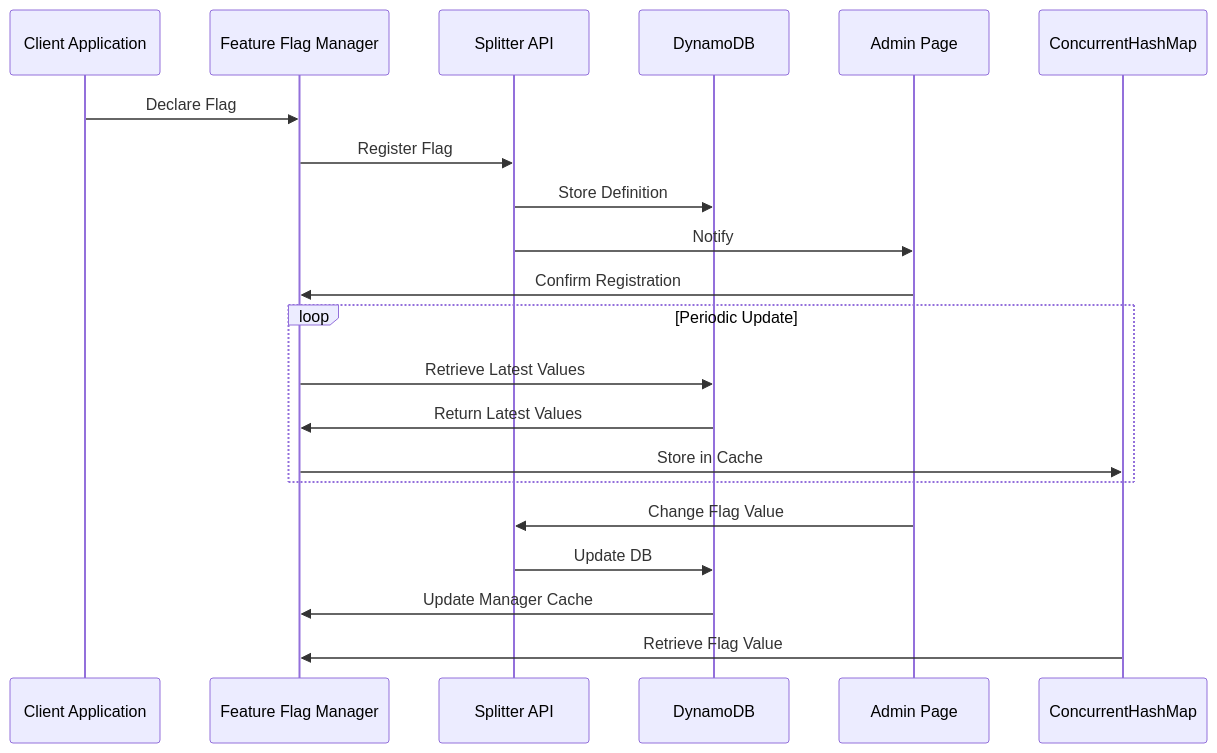
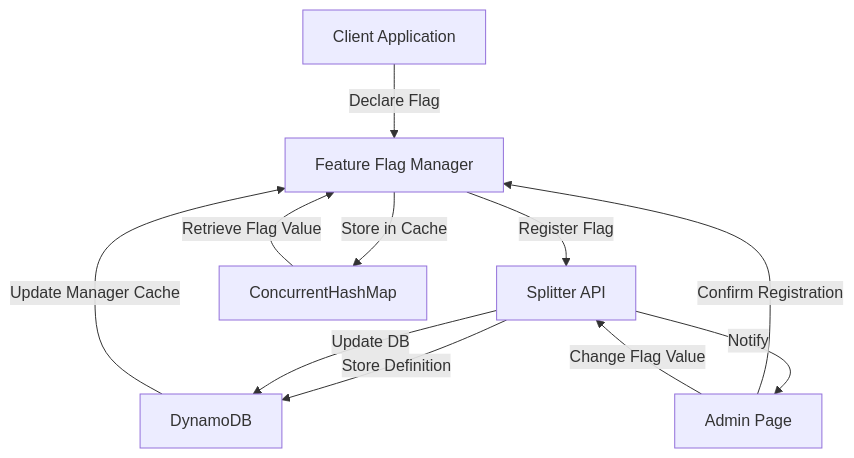
Before and after one commit to yeokyeong-yoon/yeokyeong-yoon.github.io: the first of 3 diagrams in _posts/2025-03-15-feature-flag-system.md, drawn with Mermaid. The commit also changed other lines of this file, not shown here.

Commit message:
Rollback to flowchart

````diff
--- a/_posts/2025-03-15-feature-flag-system.md
+++ b/_posts/2025-03-15-feature-flag-system.md
@@ -90,24 +90,13 @@
 ```mermaid
-sequenceDiagram
-    participant Client as Client Application
-    participant Manager as Feature Flag Manager
-    participant Splitter as Splitter API
-    participant DB as DynamoDB
-    participant Admin as Admin Page
-    participant Cache as ConcurrentHashMap
-
-    Client->>Manager: Declare Flag
-    Manager->>Splitter: Register Flag
-    Splitter->>DB: Store Definition
-    Splitter->>Admin: Notify
-    Admin->>Manager: Confirm Registration
-    loop Periodic Update
-        Manager->>DB: Retrieve Latest Values
-        DB->>Manager: Return Latest Values
-        Manager->>Cache: Store in Cache
-    end
-    Admin->>Splitter: Change Flag Value
-    Splitter->>DB: Update DB
-    DB->>Manager: Update Manager Cache
-    Cache->>Manager: Retrieve Flag Value
+flowchart TD
+    A[Client Application] -->|Declare Flag| B[Feature Flag Manager]
+    B -->|Register Flag| C[Splitter API]
+    C -->|Store Definition| D[DynamoDB]
+    C -->|Notify| E[Admin Page]
+    E -->|Confirm Registration| B
+    B -->|Store in Cache| F[ConcurrentHashMap]
+    E -->|Change Flag Value| C
+    C -->|Update DB| D
+    D -->|Update Manager Cache| B
+    F -->|Retrieve Flag Value| B
 ```
````
